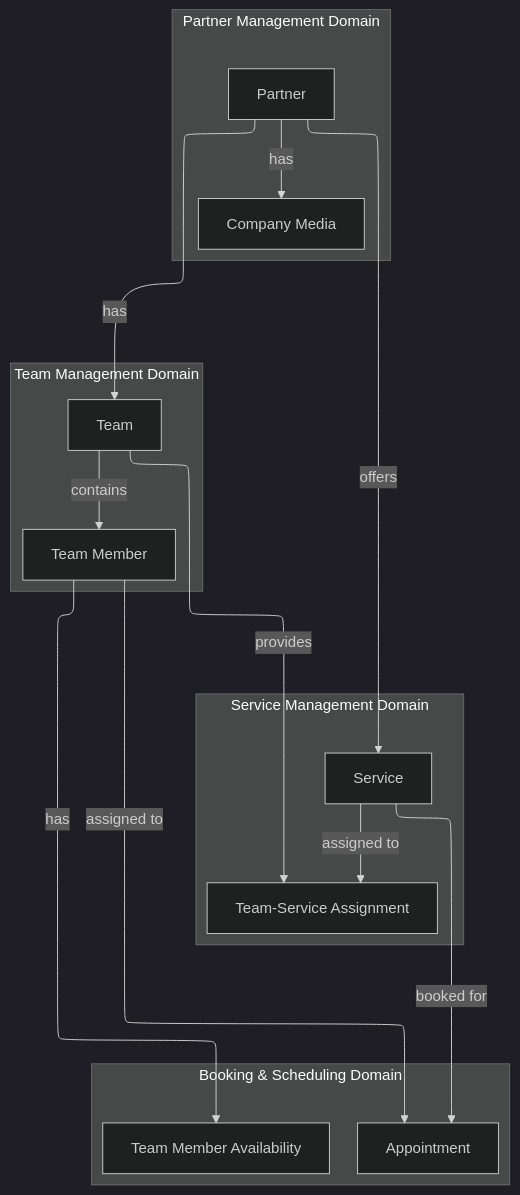
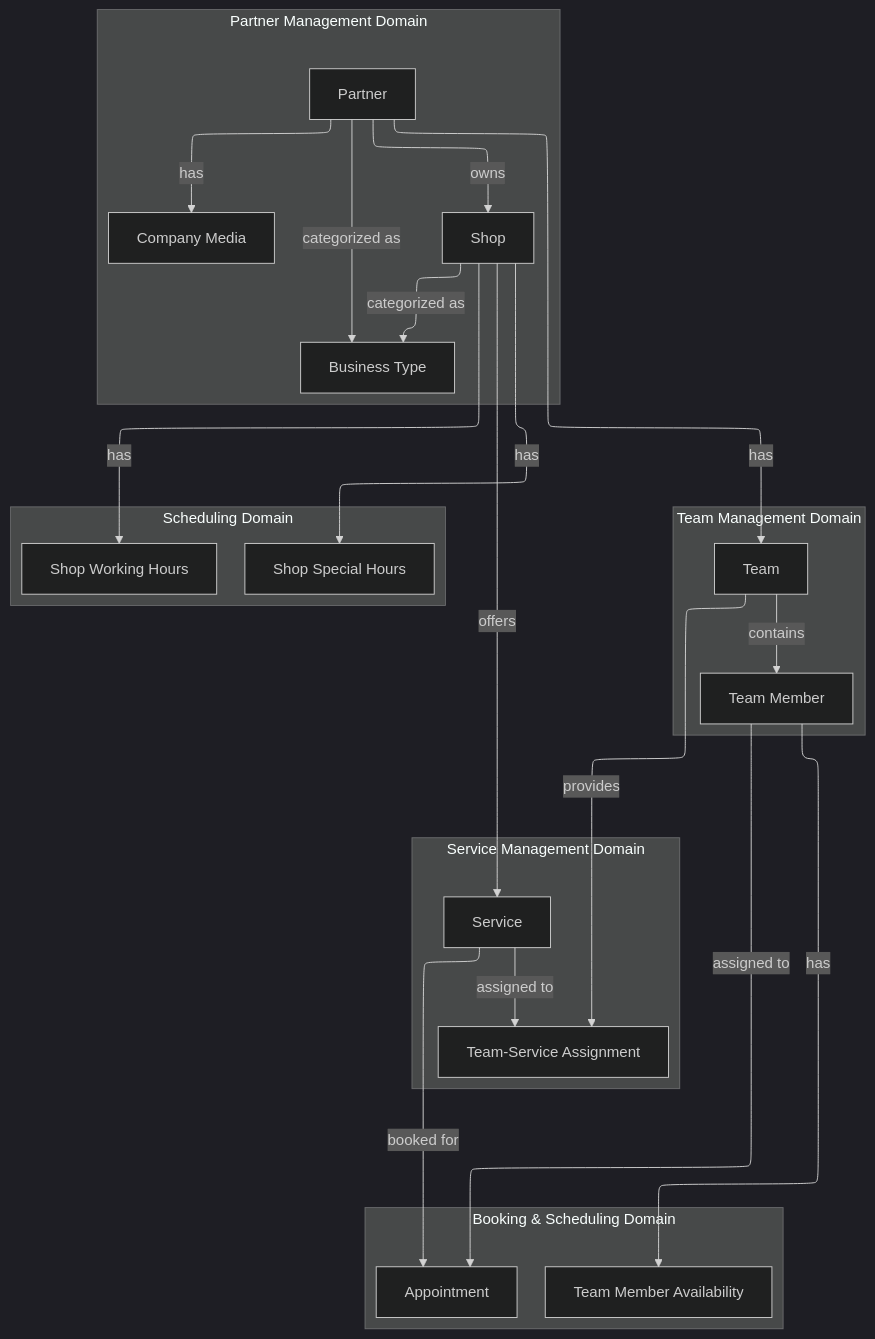
The diagram in services/partner-service/docs/database/conceptual-model.mermaid (giusmento/pulcherbook-be), drawn with Mermaid (dark theme) before and after one commit. The commit also changed 69 other files, not shown here.

```diff
--- a/services/partner-service/docs/database/conceptual-model.mermaid
+++ b/services/partner-service/docs/database/conceptual-model.mermaid
@@ -1,33 +1,45 @@
 ---
 config:
   layout: elk
 ---
 flowchart TD
     subgraph PartnerDomain [Partner Management Domain]
         Partner[Partner]
+        Shop[Shop]
+        BusinessType[Business Type]
         CompanyMedia[Company Media]
         Partner -->|has| CompanyMedia
+        Partner -->|owns| Shop
+        Partner -->|categorized as| BusinessType
+        Shop -->|categorized as| BusinessType
     end
 
     subgraph TeamDomain [Team Management Domain]
         Team[Team]
         TeamMember[Team Member]
         Partner -->|has| Team
         Team -->|contains| TeamMember
     end
 
     subgraph ServiceDomain [Service Management Domain]
         Service[Service]
         TeamService[Team-Service Assignment]
-        Partner -->|offers| Service
+        Shop -->|offers| Service
         Team -->|provides| TeamService
         Service -->|assigned to| TeamService
+    end
+
+    subgraph SchedulingDomain [Scheduling Domain]
+        ShopWorkingHours[Shop Working Hours]
+        ShopSpecialHours[Shop Special Hours]
+        Shop -->|has| ShopWorkingHours
+        Shop -->|has| ShopSpecialHours
     end
 
     subgraph BookingDomain [Booking & Scheduling Domain]
         Appointment[Appointment]
         Availability[Team Member Availability]
         TeamMember -->|has| Availability
         TeamMember -->|assigned to| Appointment
         Service -->|booked for| Appointment
     end
```
